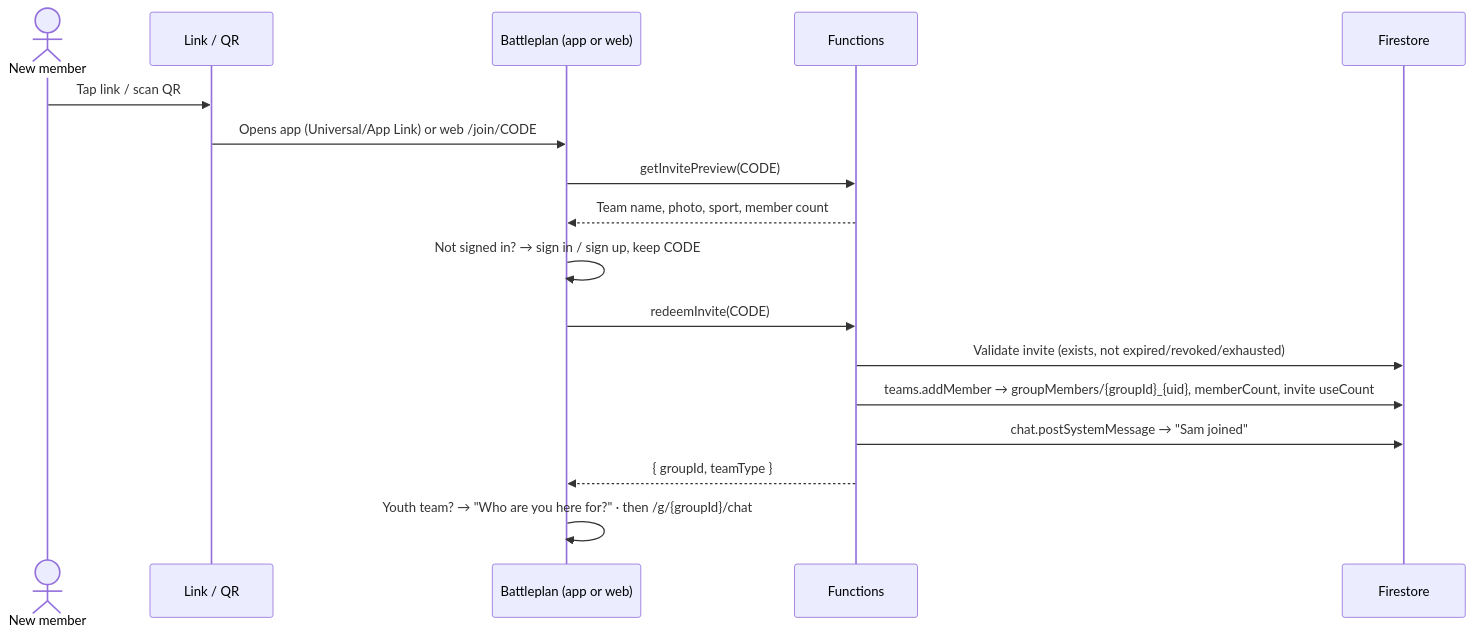
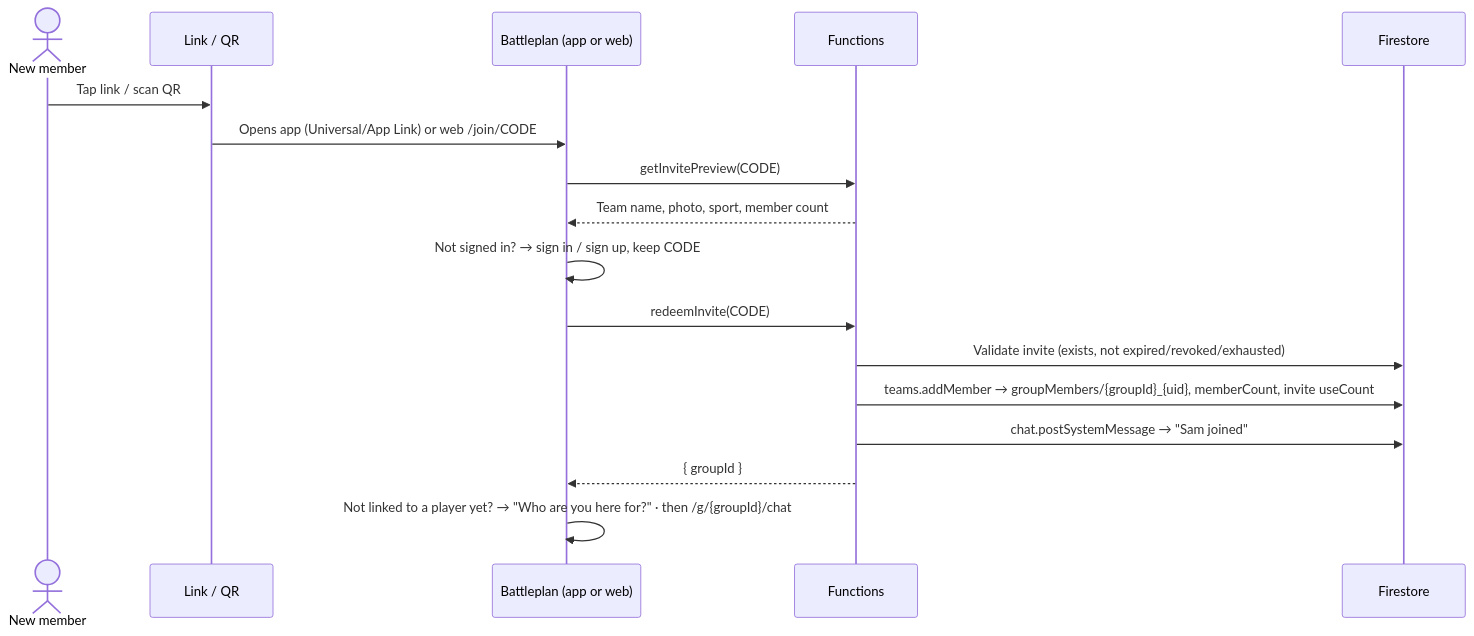
One commit to jfreema/battleplan changed the third of 4 diagrams in docs/ARCHITECTURE.md. Above: the diagram before and after it, drawn with Mermaid. The commit also changed other lines of this file and 5 other files, not shown here.

First line of the commit message:
Docs and website: one team type, players and claims (Q17, D59)

````diff
--- a/docs/ARCHITECTURE.md
+++ b/docs/ARCHITECTURE.md
@@ -943,19 +951,19 @@
 ```mermaid
 sequenceDiagram
   actor U as New member
   participant L as Link / QR
   participant A as Battleplan (app or web)
   participant F as Functions
   participant DB as Firestore
   U->>L: Tap link / scan QR
   L->>A: Opens app (Universal/App Link) or web /join/CODE
   A->>F: getInvitePreview(CODE)
   F-->>A: Team name, photo, sport, member count
   A->>A: Not signed in? → sign in / sign up, keep CODE
   A->>F: redeemInvite(CODE)
   F->>DB: Validate invite (exists, not expired/revoked/exhausted)
   F->>DB: teams.addMember → groupMembers/{groupId}_{uid}, memberCount, invite useCount
   F->>DB: chat.postSystemMessage → "Sam joined"
-  F-->>A: { groupId, teamType }
-  A->>A: Youth team? → "Who are you here for?" · then /g/{groupId}/chat
+  F-->>A: { groupId }
+  A->>A: Not linked to a player yet? → "Who are you here for?" · then /g/{groupId}/chat
 ```
````
